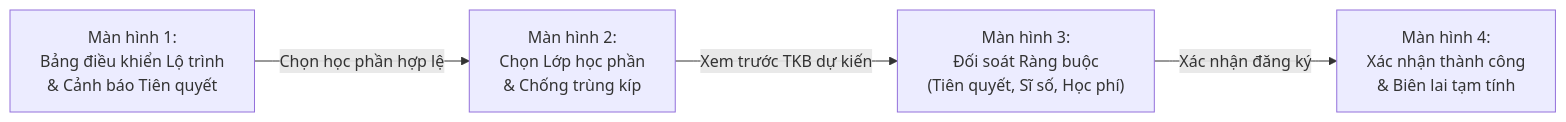
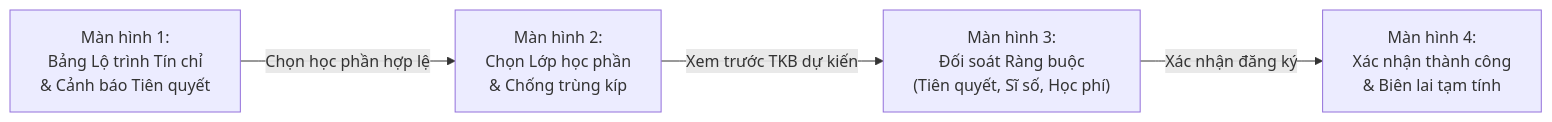
Before and after one commit to cacancap/IT3120_QuanLyDaoTao: the diagram in bai-tap-1/TV1-SinhVien.md, drawn with Mermaid. The commit also changed other lines of this file and 6 other files, not shown here.

````diff
--- a/bai-tap-1/TV1-SinhVien.md
+++ b/bai-tap-1/TV1-SinhVien.md
@@ -88,6 +90,6 @@
 ```mermaid
 flowchart LR
-    M1["Màn hình 1:<br/>Bảng điều khiển Lộ trình<br/>& Cảnh báo Tiên quyết"] -->|"Chọn học phần hợp lệ"| M2["Màn hình 2:<br/>Chọn Lớp học phần<br/>& Chống trùng kíp"]
+    M1["Màn hình 1:<br/>Bảng Lộ trình Tín chỉ<br/>& Cảnh báo Tiên quyết"] -->|"Chọn học phần hợp lệ"| M2["Màn hình 2:<br/>Chọn Lớp học phần<br/>& Chống trùng kíp"]
     M2 -->|"Xem trước TKB dự kiến"| M3["Màn hình 3:<br/>Đối soát Ràng buộc<br/>(Tiên quyết, Sĩ số, Học phí)"]
     M3 -->|"Xác nhận đăng ký"| M4["Màn hình 4:<br/>Xác nhận thành công<br/>& Biên lai tạm tính"]
 ```
````
